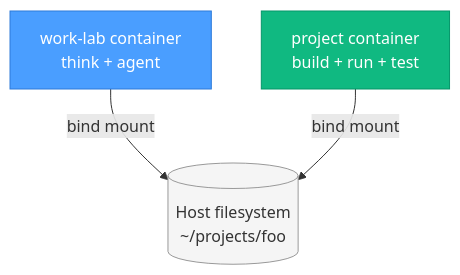
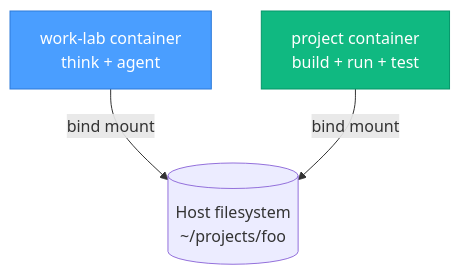
One commit to modern-tooling/work-lab changed the second of 3 diagrams in README.md. Above: the diagram before and after it, drawn with Mermaid. The commit also changed other lines of this file and 1 other file, not shown here.

````diff
--- a/README.md
+++ b/README.md
@@ -153,11 +152,10 @@
 ```mermaid
 flowchart TB
     WL[work-lab container<br/>think + agent]
     Proj[project container<br/>build + run + test]
     Host[(Host filesystem<br/>~/projects/foo)]
     WL -->|bind mount| Host
     Proj -->|bind mount| Host
     style WL fill:#4a9eff,stroke:#2d7ad9,color:#fff
     style Proj fill:#10b981,stroke:#059669,color:#fff
-    style Host fill:#f5f5f5,stroke:#999
 ```
````
